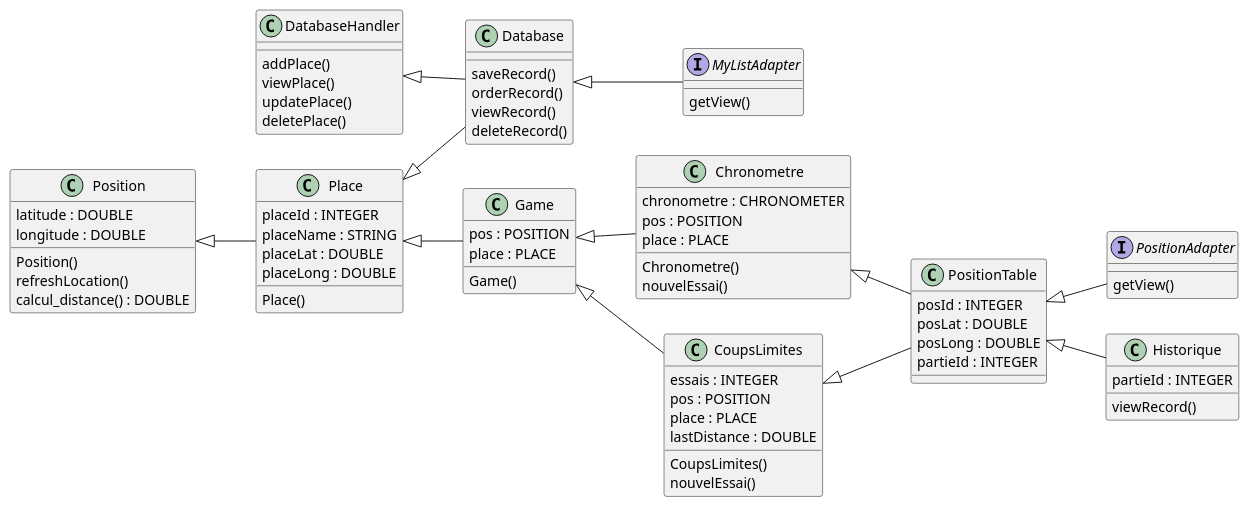
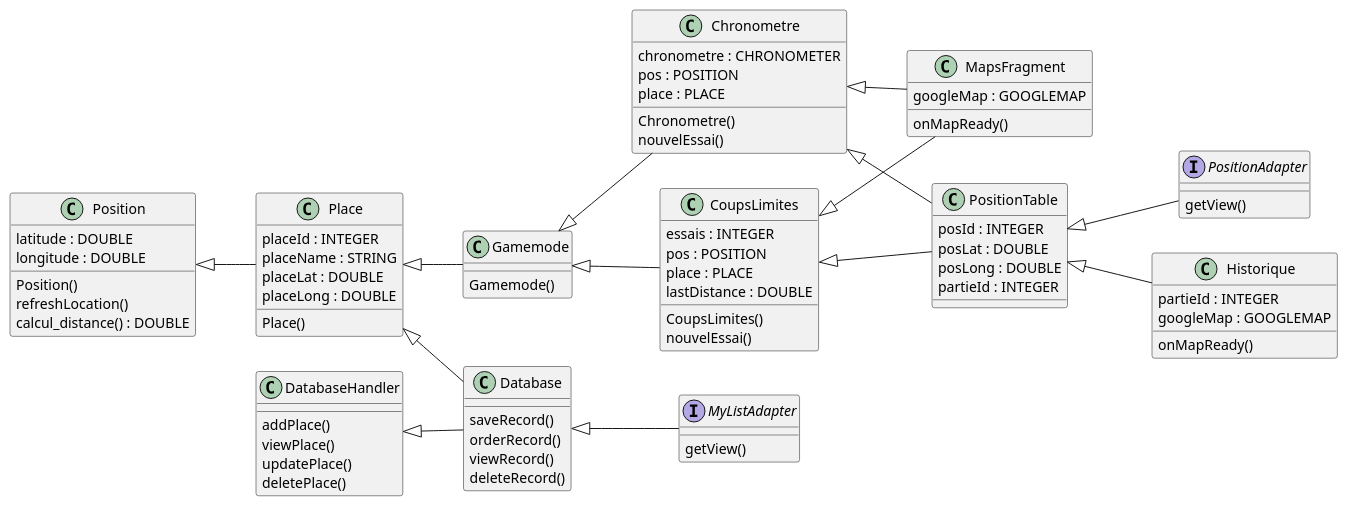
The diagram in app/src/docs/UML/@startuml.wsd (Kaanar/Akenasia), drawn with PlantUML before and after one commit. The commit also changed 1 other file, not shown here.

Commit message:
Update UML

```diff
--- a/app/src/docs/UML/@startuml.wsd
+++ b/app/src/docs/UML/@startuml.wsd
@@ -1,89 +1,95 @@
 @startuml Akenasia
 left to right direction
 
 class Chronometre {
   chronometre : CHRONOMETER
   pos : POSITION
   place : PLACE
   Chronometre()
   nouvelEssai()
+}
+
+class MapsFragment {
+  googleMap : GOOGLEMAP
+  onMapReady()
 }
 
 class Place {
   placeId : INTEGER
   placeName : STRING
   placeLat : DOUBLE
   placeLong : DOUBLE
   Place()
 }
 
 class Database {
   saveRecord()
   orderRecord()
   viewRecord()
   deleteRecord()
 }
 
 class Position {
   latitude : DOUBLE
   longitude : DOUBLE
   Position()
   refreshLocation()
   calcul_distance() : DOUBLE
 }
 
 interface MyListAdapter {
   getView()
 }
 
-class Game {
-  pos : POSITION
-  place : PLACE
-  Game()
+class Gamemode {
+  Gamemode()
 }
 
 class CoupsLimites {
   essais : INTEGER
   pos : POSITION
   place : PLACE
   lastDistance : DOUBLE
   CoupsLimites()
   nouvelEssai()
 }
 
 class PositionTable {
   posId : INTEGER
   posLat : DOUBLE
   posLong : DOUBLE
   partieId : INTEGER
 }
 
 interface PositionAdapter {
   getView()
 }
 
 class Historique {
   partieId : INTEGER
-  viewRecord()
+  googleMap : GOOGLEMAP
+  onMapReady()
 }
 
 class DatabaseHandler {
   addPlace()
   viewPlace()
   updatePlace()
   deletePlace()
 }
 
 Database <|-- MyListAdapter
 DatabaseHandler <|-- Database
 Place <|-- Database
 Position <|-- Place
-Place <|-- Game
-Game <|-- Chronometre
-Game <|-- CoupsLimites
+Place <|-- Gamemode
+Gamemode <|-- Chronometre
+Gamemode <|-- CoupsLimites
 Chronometre <|-- PositionTable
 CoupsLimites <|-- PositionTable
 PositionTable <|-- PositionAdapter
 PositionTable <|-- Historique
+Chronometre <|-- MapsFragment
+CoupsLimites <|-- MapsFragment
 
 @enduml
```
